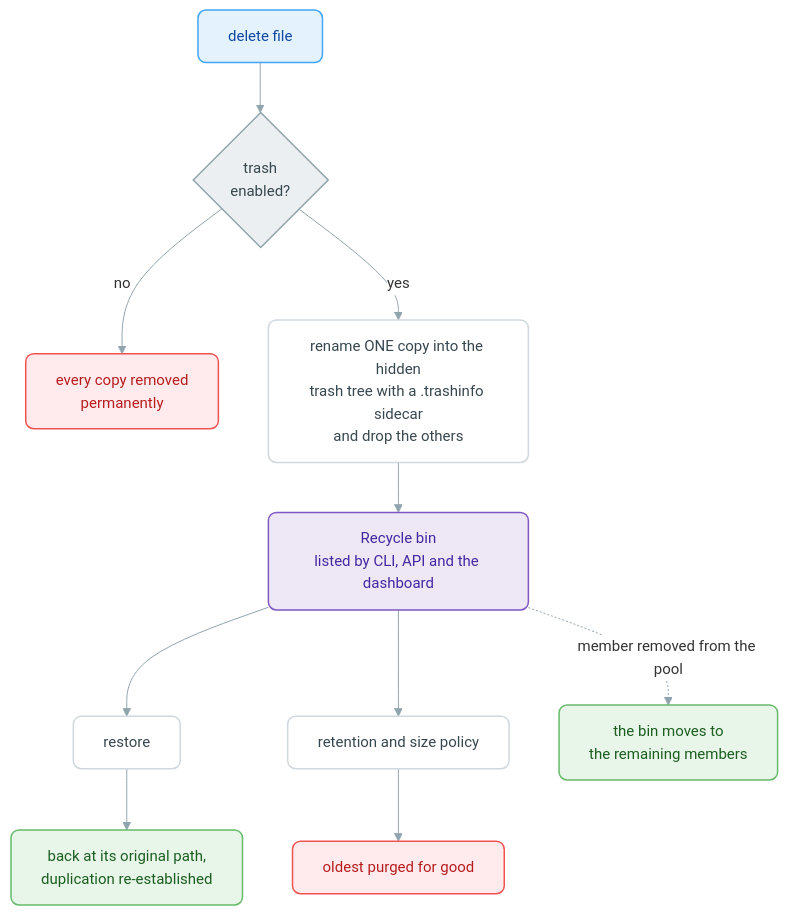
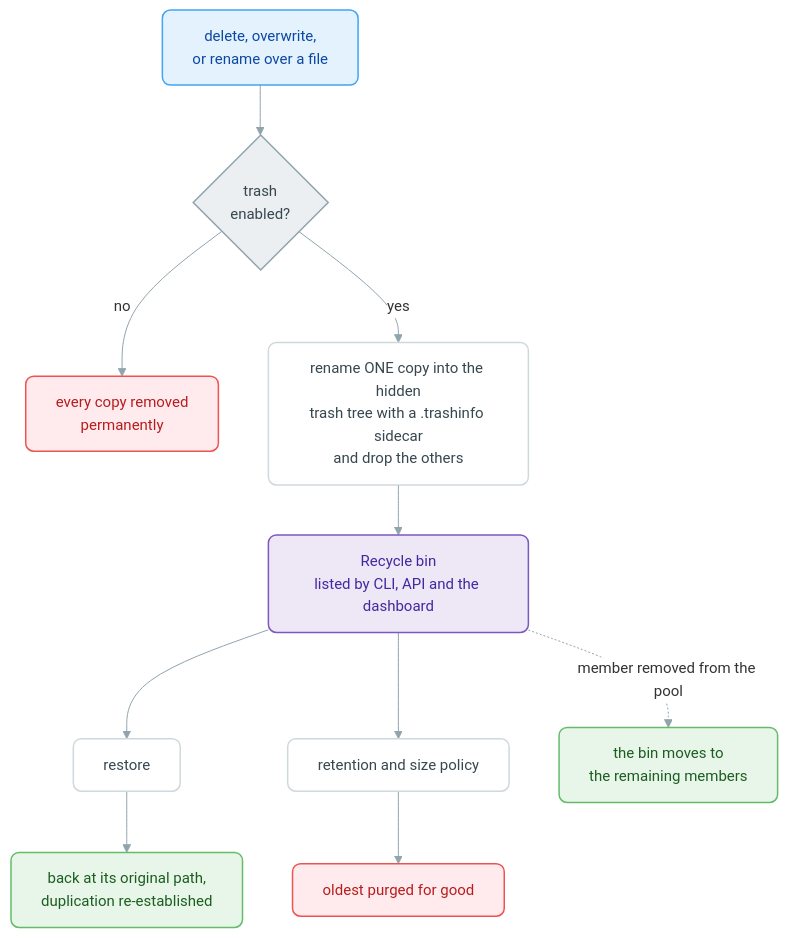
The sixth of 8 diagrams in README.md (Hawkynt/DriveBenderUtility), drawn with Mermaid before and after one commit. The commit also changed other lines of this file and 9 other files, not shown here.

````diff
--- a/README.md
+++ b/README.md
@@ -530,25 +543,25 @@
 ```mermaid
 %%{init: {"theme":"base","themeVariables":{"fontSize":"15px","lineColor":"#90A4AE","textColor":"#37474F","clusterBkg":"#FAFAFA","clusterBorder":"#E0E0E0","edgeLabelBackground":"#FFFFFF"}}}%%
 flowchart TD
-    Del["delete file"] --> On{"trash<br/>enabled?"}
+    Del["delete, overwrite,<br/>or rename over a file"] --> On{"trash<br/>enabled?"}
     On -- no --> Gone["every copy removed<br/>permanently"]
     On -- yes --> Move["rename ONE copy into the hidden<br/>trash tree with a .trashinfo sidecar<br/>and drop the others"]
     Move --> Bin["Recycle bin<br/>listed by CLI, API and the dashboard"]
     Bin --> R["restore"] --> Back["back at its original path,<br/>duplication re-established"]
     Bin --> Pol["retention and size policy"] --> Purge["oldest purged for good"]
     Bin -. "member removed from the pool" .-> Scatter["the bin moves to<br/>the remaining members"]
 
     classDef primary fill:#E3F2FD,stroke:#42A5F5,stroke-width:1.5px,color:#0D47A1,rx:8,ry:8
     classDef surface fill:#FFFFFF,stroke:#CFD8DC,stroke-width:1.5px,color:#37474F,rx:8,ry:8
     classDef store fill:#E8F5E9,stroke:#66BB6A,stroke-width:1.5px,color:#1B5E20,rx:8,ry:8
     classDef warn fill:#FFF8E1,stroke:#FFB300,stroke-width:1.5px,color:#E65100,rx:8,ry:8
     classDef danger fill:#FFEBEE,stroke:#EF5350,stroke-width:1.5px,color:#B71C1C,rx:8,ry:8
     classDef accent fill:#EDE7F6,stroke:#7E57C2,stroke-width:1.5px,color:#4527A0,rx:8,ry:8
     classDef decision fill:#ECEFF1,stroke:#90A4AE,stroke-width:1.5px,color:#37474F
     class Del primary
     class On decision
     class Gone,Purge danger
     class Move,Pol,R surface
     class Bin accent
     class Back,Scatter store
 ```
````
